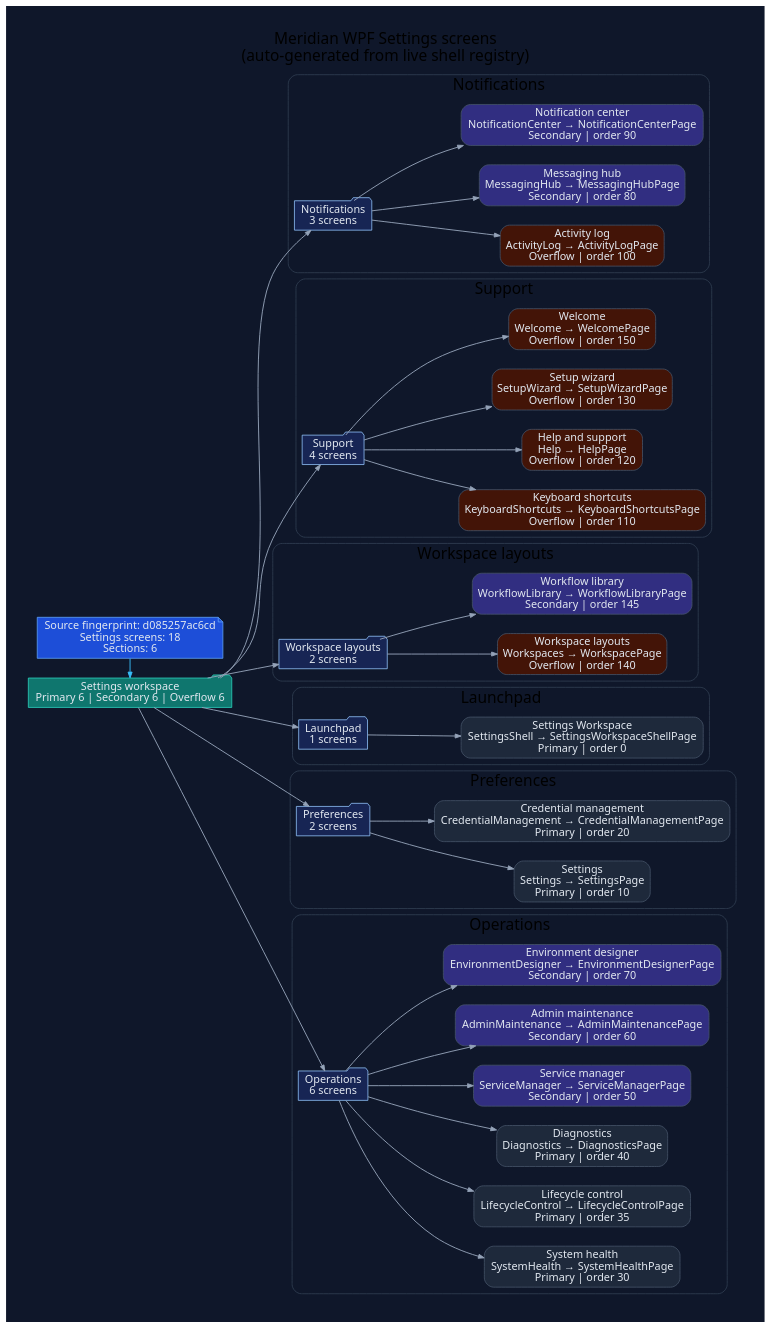
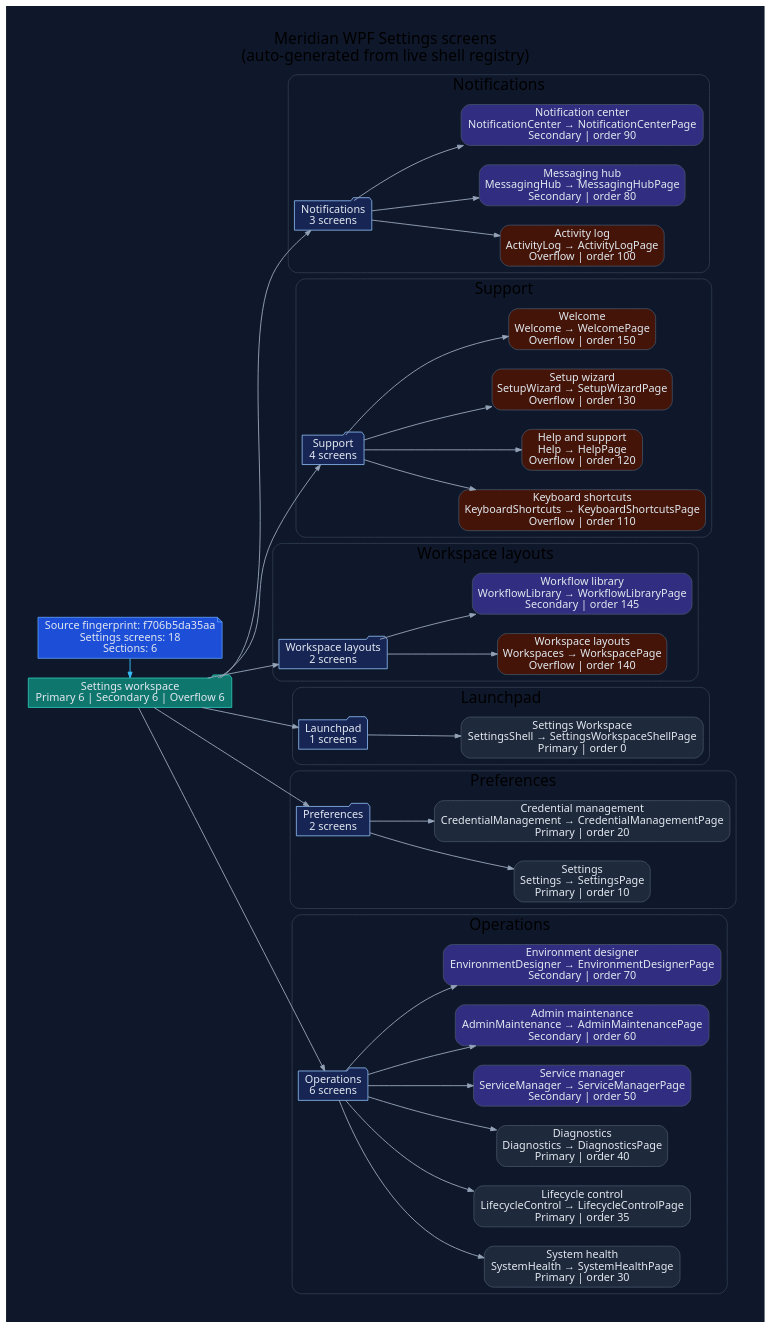
The diagram in docs/diagrams/ui-wpf-screens-settings.dot (rodoHasArrived/Meridian-main), drawn with Graphviz before and after one commit. The commit also changed 430 other files, not shown here.

```diff
--- a/docs/diagrams/ui-wpf-screens-settings.dot
+++ b/docs/diagrams/ui-wpf-screens-settings.dot
@@ -1,110 +1,110 @@
 // -----------------------------------------------------------------------------
 // <auto-generated>
 // Generated by scripts/generate-diagrams.mjs.
 // Do not edit this file directly; update the WPF source files instead.
 // -----------------------------------------------------------------------------
 digraph WpfSettingsScreens {
   graph [
     rankdir=LR,
     labelloc=t,
     label="Meridian WPF Settings screens\n(auto-generated from live shell registry)",
     fontname="Segoe UI",
     fontsize=20,
     pad=0.4,
     nodesep=0.35,
     ranksep=0.85,
     bgcolor="#0f172a"
   ];
   node [fontname="Segoe UI", shape=box, style="rounded,filled", color="#475569", fontcolor="#e2e8f0", fillcolor="#1e293b"];
   edge [fontname="Segoe UI", color="#94a3b8", penwidth=1.2, arrowsize=0.75];
 
-  generated [shape=note, fillcolor="#1d4ed8", color="#60a5fa", label="Source fingerprint: d085257ac6cd\nSettings screens: 18\nSections: 6"];
+  generated [shape=note, fillcolor="#1d4ed8", color="#60a5fa", label="Source fingerprint: f706b5da35aa\nSettings screens: 18\nSections: 6"];
   workspace [shape=folder, fillcolor="#0f766e", color="#2dd4bf", label="Settings workspace\nPrimary 6 | Secondary 6 | Overflow 6"];
   generated -> workspace [color="#38bdf8"];
 
   subgraph cluster_section_1 {
     label="Notifications";
     color="#334155";
     style="rounded";
     section_1 [shape=folder, fillcolor="#172554", color="#93c5fd", label="Notifications\n3 screens"];
     workspace -> section_1;
     screen_ActivityLog [fillcolor="#431407", label="Activity log\nActivityLog → ActivityLogPage\nOverflow | order 100"];
     section_1 -> screen_ActivityLog;
     screen_MessagingHub [fillcolor="#312e81", label="Messaging hub\nMessagingHub → MessagingHubPage\nSecondary | order 80"];
     section_1 -> screen_MessagingHub;
     screen_NotificationCenter [fillcolor="#312e81", label="Notification center\nNotificationCenter → NotificationCenterPage\nSecondary | order 90"];
     section_1 -> screen_NotificationCenter;
   }
 
   subgraph cluster_section_2 {
     label="Support";
     color="#334155";
     style="rounded";
     section_2 [shape=folder, fillcolor="#172554", color="#93c5fd", label="Support\n4 screens"];
     workspace -> section_2;
     screen_KeyboardShortcuts [fillcolor="#431407", label="Keyboard shortcuts\nKeyboardShortcuts → KeyboardShortcutsPage\nOverflow | order 110"];
     section_2 -> screen_KeyboardShortcuts;
     screen_Help [fillcolor="#431407", label="Help and support\nHelp → HelpPage\nOverflow | order 120"];
     section_2 -> screen_Help;
     screen_SetupWizard [fillcolor="#431407", label="Setup wizard\nSetupWizard → SetupWizardPage\nOverflow | order 130"];
     section_2 -> screen_SetupWizard;
     screen_Welcome [fillcolor="#431407", label="Welcome\nWelcome → WelcomePage\nOverflow | order 150"];
     section_2 -> screen_Welcome;
   }
 
   subgraph cluster_section_3 {
     label="Workspace layouts";
     color="#334155";
     style="rounded";
     section_3 [shape=folder, fillcolor="#172554", color="#93c5fd", label="Workspace layouts\n2 screens"];
     workspace -> section_3;
     screen_Workspaces [fillcolor="#431407", label="Workspace layouts\nWorkspaces → WorkspacePage\nOverflow | order 140"];
     section_3 -> screen_Workspaces;
     screen_WorkflowLibrary [fillcolor="#312e81", label="Workflow library\nWorkflowLibrary → WorkflowLibraryPage\nSecondary | order 145"];
     section_3 -> screen_WorkflowLibrary;
   }
 
   subgraph cluster_section_4 {
     label="Launchpad";
     color="#334155";
     style="rounded";
     section_4 [shape=folder, fillcolor="#172554", color="#93c5fd", label="Launchpad\n1 screens"];
     workspace -> section_4;
     screen_SettingsShell [fillcolor="#1e293b", label="Settings Workspace\nSettingsShell → SettingsWorkspaceShellPage\nPrimary | order 0"];
     section_4 -> screen_SettingsShell;
   }
 
   subgraph cluster_section_5 {
     label="Preferences";
     color="#334155";
     style="rounded";
     section_5 [shape=folder, fillcolor="#172554", color="#93c5fd", label="Preferences\n2 screens"];
     workspace -> section_5;
     screen_Settings [fillcolor="#1e293b", label="Settings\nSettings → SettingsPage\nPrimary | order 10"];
     section_5 -> screen_Settings;
     screen_CredentialManagement [fillcolor="#1e293b", label="Credential management\nCredentialManagement → CredentialManagementPage\nPrimary | order 20"];
     section_5 -> screen_CredentialManagement;
   }
 
   subgraph cluster_section_6 {
     label="Operations";
     color="#334155";
     style="rounded";
     section_6 [shape=folder, fillcolor="#172554", color="#93c5fd", label="Operations\n6 screens"];
     workspace -> section_6;
     screen_SystemHealth [fillcolor="#1e293b", label="System health\nSystemHealth → SystemHealthPage\nPrimary | order 30"];
     section_6 -> screen_SystemHealth;
     screen_LifecycleControl [fillcolor="#1e293b", label="Lifecycle control\nLifecycleControl → LifecycleControlPage\nPrimary | order 35"];
     section_6 -> screen_LifecycleControl;
     screen_Diagnostics [fillcolor="#1e293b", label="Diagnostics\nDiagnostics → DiagnosticsPage\nPrimary | order 40"];
     section_6 -> screen_Diagnostics;
     screen_ServiceManager [fillcolor="#312e81", label="Service manager\nServiceManager → ServiceManagerPage\nSecondary | order 50"];
     section_6 -> screen_ServiceManager;
     screen_AdminMaintenance [fillcolor="#312e81", label="Admin maintenance\nAdminMaintenance → AdminMaintenancePage\nSecondary | order 60"];
     section_6 -> screen_AdminMaintenance;
     screen_EnvironmentDesigner [fillcolor="#312e81", label="Environment designer\nEnvironmentDesigner → EnvironmentDesignerPage\nSecondary | order 70"];
     section_6 -> screen_EnvironmentDesigner;
   }
 
   { rank=min; generated; workspace; }
 }
```
